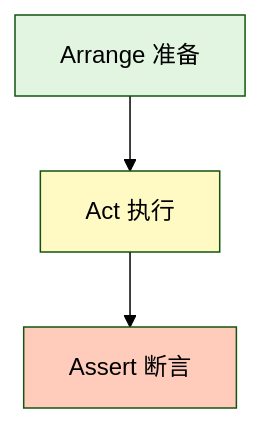
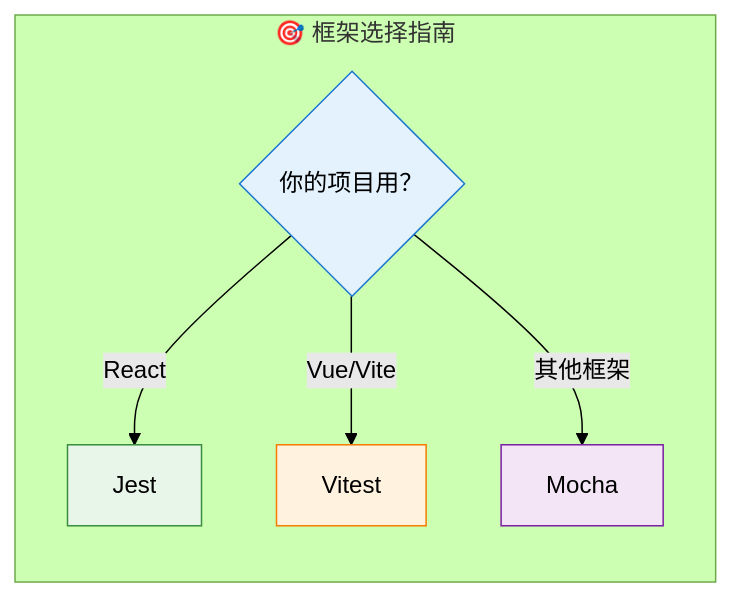
Before and after one commit to zhangshichuan/maxzhang.site: the third of 14 diagrams in articles/zh/nodejs-unit-performance-testing-guide.mdx, drawn with Mermaid (forest theme). The commit also changed other lines of this file and 1 other file, not shown here.

````diff
--- a/articles/zh/nodejs-unit-performance-testing-guide.mdx
+++ b/articles/zh/nodejs-unit-performance-testing-guide.mdx
@@ -37,8 +326,15 @@
 ```mermaid
-flowchart TD
-    A[Arrange 准备] --> B[Act 执行]
-    B --> C[Assert 断言]
-    style A fill:#e1f5e1
-    style B fill:#fff9c4
-    style C fill:#ffccbc
+flowchart LR
+    subgraph 框架选择["🎯 框架选择指南"]
+        direction TB
+        A{你的项目用？}
+        A -->|React| B[Jest]
+        A -->|Vue/Vite| C[Vitest]
+        A -->|其他框架| D[Mocha]
+    end
+
+    style A fill:#e3f2fd,stroke:#1976d2
+    style B fill:#e8f5e9,stroke:#388e3c
+    style C fill:#fff3e0,stroke:#f57c00
+    style D fill:#f3e5f5,stroke:#7b1fa2
 ```
````
